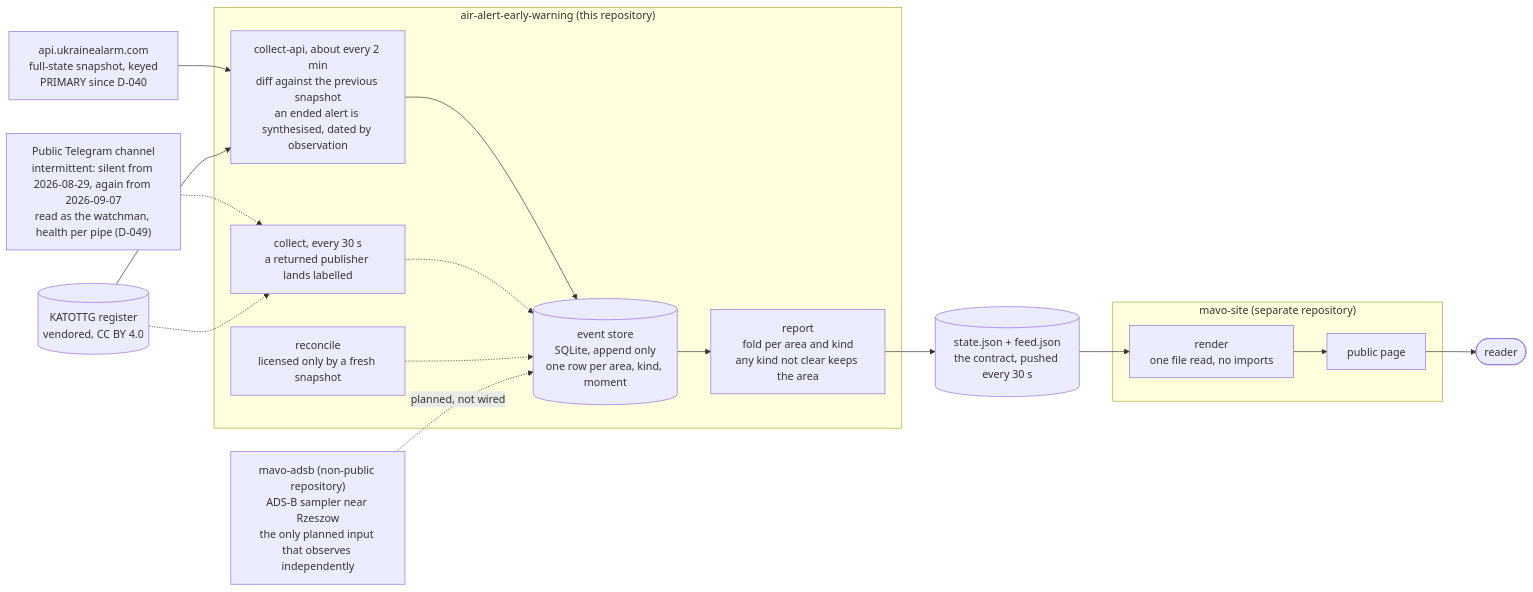
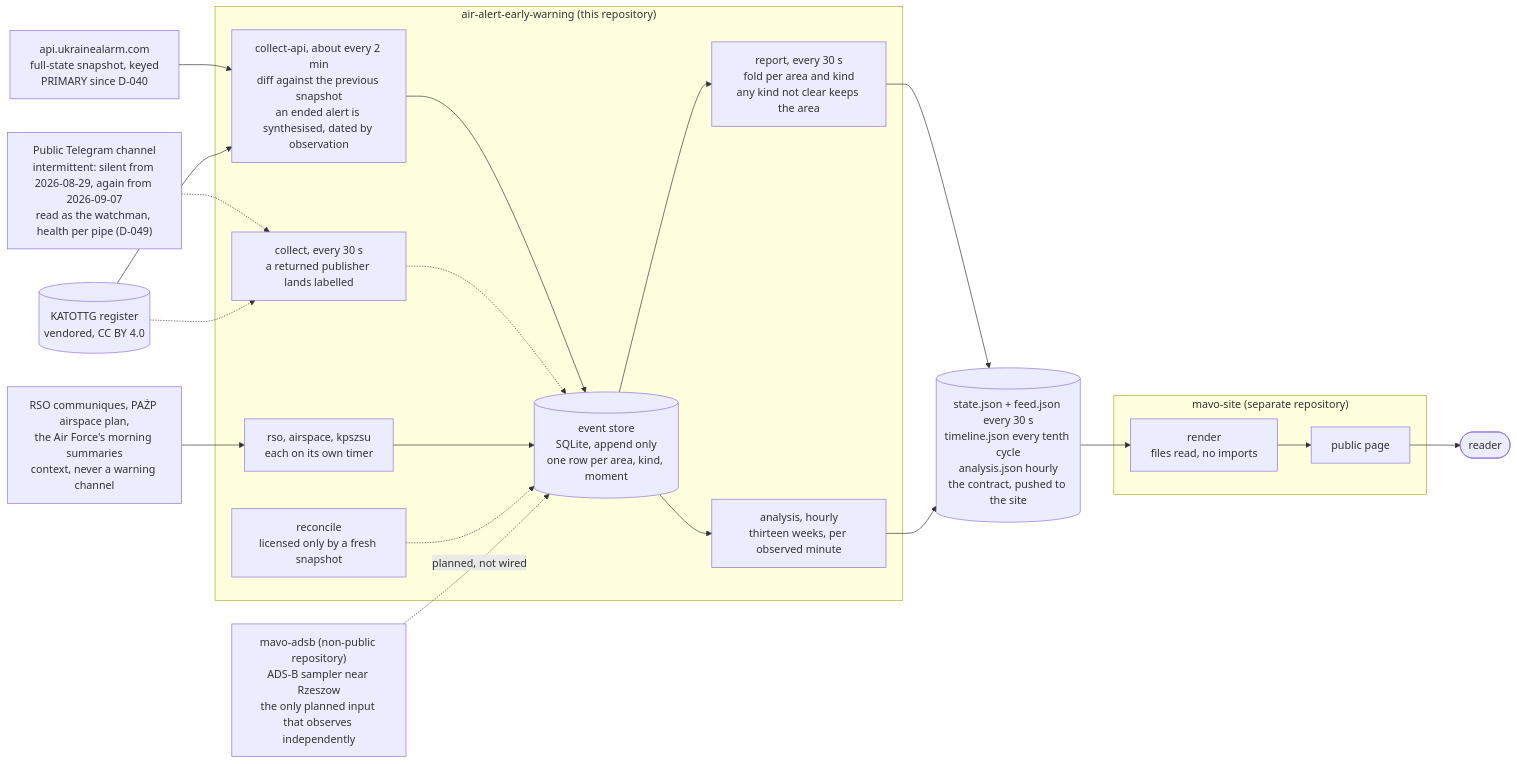
One commit to jerzy99jerzy/air-alert-early-warning changed the diagram in README.md. Above: the diagram before and after it, drawn with Mermaid. The commit also changed other lines of this file and 20 other files, not shown here.

Commit message:
0.61.0.1: the documents brought level with the running system, read against the tree and the host the morning after 0.61.0.0's install; T94 closed with the host's figures; prose made false by work that was done (F202)

````diff
--- a/README.md
+++ b/README.md
@@ -213,39 +218,46 @@
 ```mermaid
 flowchart LR
     API["api.ukrainealarm.com<br/>full-state snapshot, keyed<br/>PRIMARY since D-040"]
     CH["Public Telegram channel<br/>intermittent: silent from 2026-08-29, again from 2026-09-07<br/>read as the watchman, health per pipe (D-049)"]
     KAT[("KATOTTG register<br/>vendored, CC BY 4.0")]
+    CTX["RSO communiques, PAŻP airspace plan,<br/>the Air Force's morning summaries<br/>context, never a warning channel"]
 
     subgraph PROD["air-alert-early-warning (this repository)"]
         CAPI["collect-api, about every 2 min<br/>diff against the previous snapshot<br/>an ended alert is synthesised, dated by observation"]
         COLL["collect, every 30 s<br/>a returned publisher lands labelled"]
+        PLR["rso, airspace, kpszsu<br/>each on its own timer"]
         STORE[("event store<br/>SQLite, append only<br/>one row per area, kind, moment")]
         REC["reconcile<br/>licensed only by a fresh snapshot"]
-        REPORT["report<br/>fold per area and kind<br/>any kind not clear keeps the area"]
+        REPORT["report, every 30 s<br/>fold per area and kind<br/>any kind not clear keeps the area"]
+        ANALYSIS["analysis, hourly<br/>thirteen weeks, per observed minute"]
     end
 
-    STATE[("state.json + feed.json<br/>the contract, pushed every 30 s")]
+    STATE[("state.json + feed.json every 30 s<br/>timeline.json every tenth cycle<br/>analysis.json hourly<br/>the contract, pushed to the site")]
 
     subgraph SITE["mavo-site (separate repository)"]
-        SERVE["render<br/>one file read, no imports"]
+        SERVE["render<br/>files read, no imports"]
         PAGE["public page"]
     end
 
     ADSB["mavo-adsb (non-public repository)<br/>ADS-B sampler near Rzeszow<br/>the only planned input that observes independently"]
 
     READER(["reader"])
 
     API --> CAPI
     CH -.-> COLL
+    CTX --> PLR
     KAT --> CAPI
     KAT -.-> COLL
     CAPI --> STORE
     COLL -.-> STORE
+    PLR --> STORE
     STORE --> REPORT
+    STORE --> ANALYSIS
     REC -.-> STORE
     REPORT --> STATE
+    ANALYSIS --> STATE
     STATE --> SERVE
     SERVE --> PAGE
     PAGE --> READER
     ADSB -.->|"planned, not wired"| STORE
 ```
````
